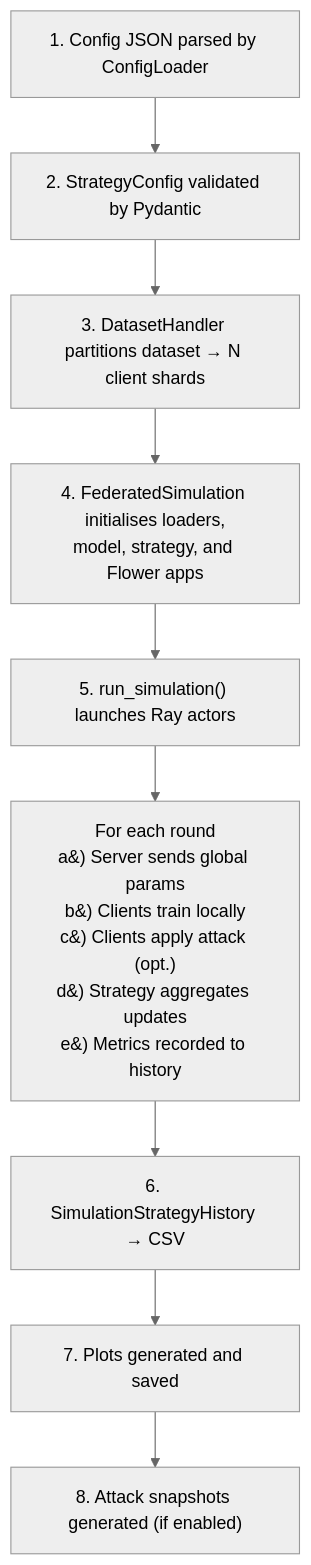
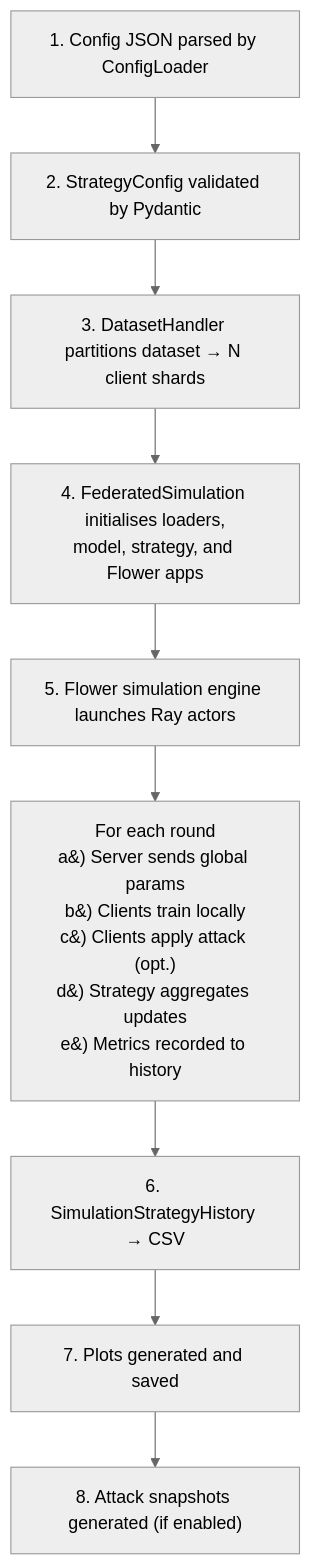
One commit to ajbarea/phalanx-fl changed the second of 3 diagrams in docs/architecture.md. Above: the diagram before and after it, drawn with Mermaid (neutral theme). The commit also changed other lines of this file and 2 other files, not shown here.

First line of the commit message:
docs(architecture): update design and configuration documentation

````diff
--- a/docs/architecture.md
+++ b/docs/architecture.md
@@ -93,14 +93,14 @@
 ```mermaid
 flowchart TD
     S1["1. Config JSON parsed by ConfigLoader"]
     S2["2. StrategyConfig validated by Pydantic"]
     S3["3. DatasetHandler partitions dataset → N client shards"]
     S4["4. FederatedSimulation initialises loaders,<br/>model, strategy, and Flower apps"]
-    S5["5. run_simulation() launches Ray actors"]
+    S5["5. Flower simulation engine launches Ray actors"]
     Round["For each round<br/>a&#41; Server sends global params<br/>b&#41; Clients train locally<br/>c&#41; Clients apply attack (opt.)<br/>d&#41; Strategy aggregates updates<br/>e&#41; Metrics recorded to history"]
     S6["6. SimulationStrategyHistory → CSV"]
     S7["7. Plots generated and saved"]
     S8["8. Attack snapshots generated (if enabled)"]
 
     S1 --> S2 --> S3 --> S4 --> S5 --> Round --> S6 --> S7 --> S8
 ```
````
